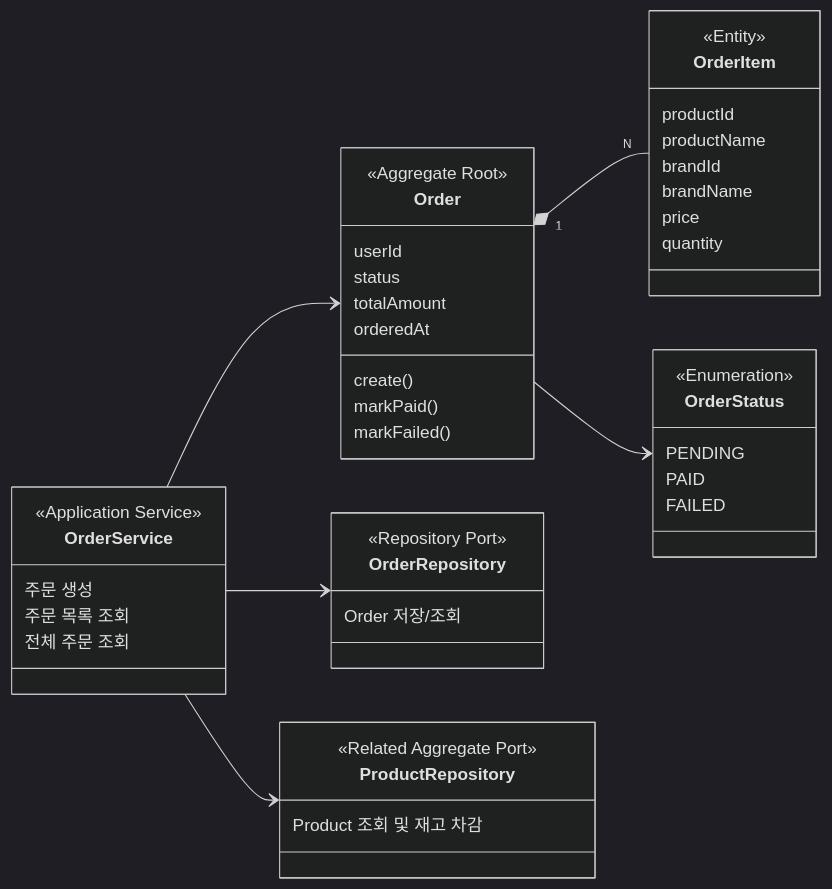
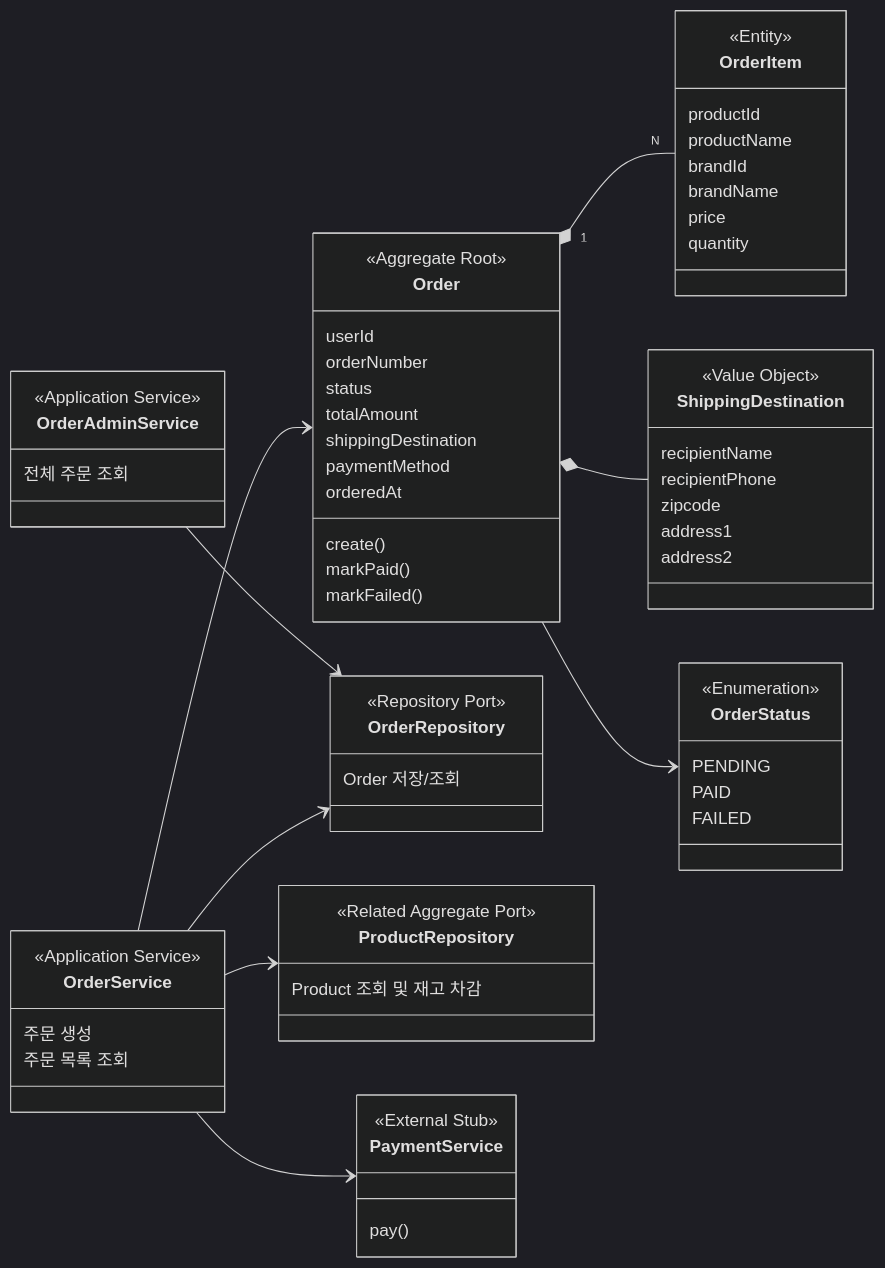
Before and after one commit to loopers-labs/loop-pack-be-l2-vol4-java: the fifth of 5 diagrams in docs/week2/03-class-diagram.md, drawn with Mermaid (dark theme). The commit also changed other lines of this file and 3 other files, not shown here.

````diff
--- a/docs/week2/03-class-diagram.md
+++ b/docs/week2/03-class-diagram.md
@@ -298,55 +317,79 @@
 ```mermaid
 classDiagram
     direction LR
 
     class Order {
         <<Aggregate Root>>
         userId
+        orderNumber
         status
         totalAmount
+        shippingDestination
+        paymentMethod
         orderedAt
         create()
         markPaid()
         markFailed()
     }
 
     class OrderItem {
         <<Entity>>
         productId
         productName
         brandId
         brandName
         price
         quantity
+    }
+
+    class ShippingDestination {
+        <<Value Object>>
+        recipientName
+        recipientPhone
+        zipcode
+        address1
+        address2
     }
 
     class OrderStatus {
         <<Enumeration>>
         PENDING
         PAID
         FAILED
     }
 
     class OrderRepository {
         <<Repository Port>>
         Order 저장/조회
     }
 
     class ProductRepository {
         <<Related Aggregate Port>>
         Product 조회 및 재고 차감
     }
 
+    class PaymentService {
+        <<External Stub>>
+        pay()
+    }
+
     class OrderService {
         <<Application Service>>
         주문 생성
         주문 목록 조회
+    }
+
+    class OrderAdminService {
+        <<Application Service>>
         전체 주문 조회
     }
 
-    Order "1" *-- "N" OrderItem  
+    Order "1" *-- "N" OrderItem
+    Order *-- ShippingDestination
     Order --> OrderStatus
     OrderService --> OrderRepository
     OrderService --> ProductRepository
+    OrderService --> PaymentService
     OrderService --> Order
+    OrderAdminService --> OrderRepository
 ```
````
